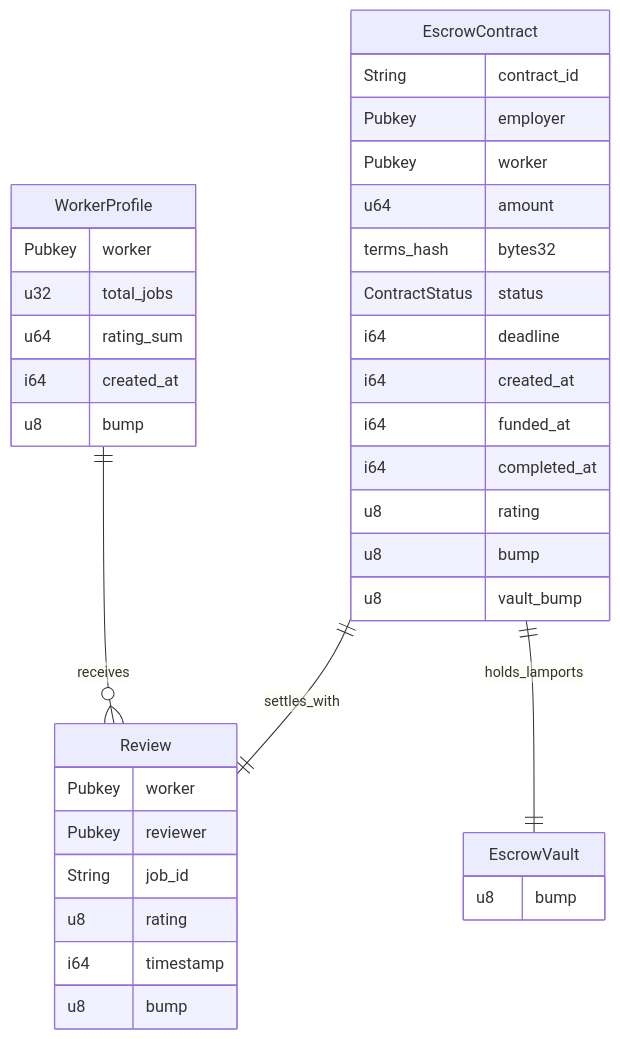
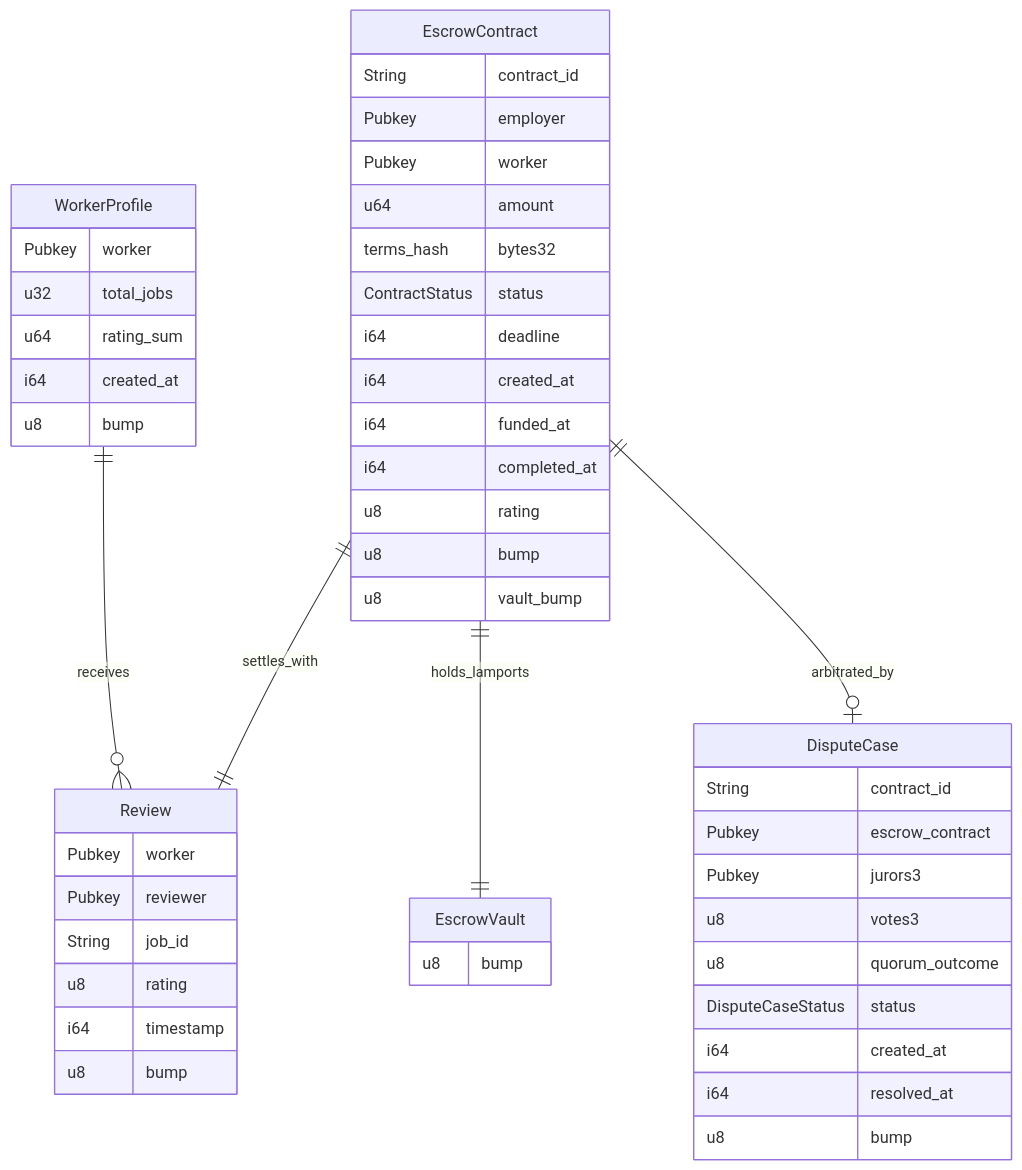
The diagram in docs/PROGRAM_SPEC.md (adewuyito/ClockIn), drawn with Mermaid before and after one commit. The commit also changed other lines of this file and 30 other files, not shown here.

````diff
--- a/docs/PROGRAM_SPEC.md
+++ b/docs/PROGRAM_SPEC.md
@@ -14,40 +14,52 @@
 ```mermaid
 erDiagram
     WorkerProfile {
         Pubkey worker
         u32 total_jobs
         u64 rating_sum
         i64 created_at
         u8 bump
     }
     Review {
         Pubkey worker
         Pubkey reviewer
         String job_id
         u8 rating
         i64 timestamp
         u8 bump
     }
     EscrowContract {
         String contract_id
         Pubkey employer
         Pubkey worker
         u64 amount
         terms_hash bytes32
         ContractStatus status
         i64 deadline
         i64 created_at
         i64 funded_at
         i64 completed_at
         u8 rating
         u8 bump
         u8 vault_bump
     }
     EscrowVault {
         u8 bump
     }
+    DisputeCase {
+        String contract_id
+        Pubkey escrow_contract
+        Pubkey jurors3
+        u8 votes3
+        u8 quorum_outcome
+        DisputeCaseStatus status
+        i64 created_at
+        i64 resolved_at
+        u8 bump
+    }
 
     WorkerProfile ||--o{ Review : receives
     EscrowContract ||--|| EscrowVault : holds_lamports
     EscrowContract ||--|| Review : settles_with
+    EscrowContract ||--o| DisputeCase : arbitrated_by
 ```
````
